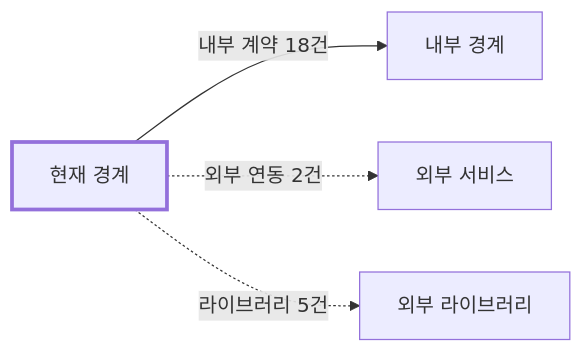
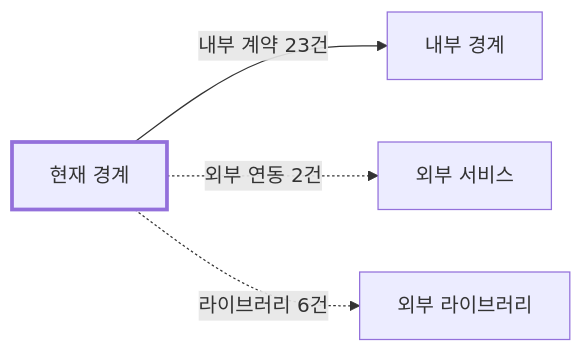
One commit to rlaxowns7916/weekly-lotto changed the diagram in CLAUDE.md. Above: the diagram before and after it, drawn with Mermaid. The commit also changed other lines of this file and 26 other files, not shown here.

````diff
--- a/CLAUDE.md
+++ b/CLAUDE.md
@@ -58,8 +59,8 @@
 ```mermaid
 flowchart LR
     THIS["현재 경계"]:::current
-    THIS -->|"내부 계약 18건"| INTERNAL["내부 경계"]
+    THIS -->|"내부 계약 23건"| INTERNAL["내부 경계"]
     THIS -.->|"외부 연동 2건"| EXTERNAL["외부 서비스"]
-    THIS -.->|"라이브러리 5건"| LIB["외부 라이브러리"]
+    THIS -.->|"라이브러리 6건"| LIB["외부 라이브러리"]
     classDef current stroke-width:3px
 ```
````
